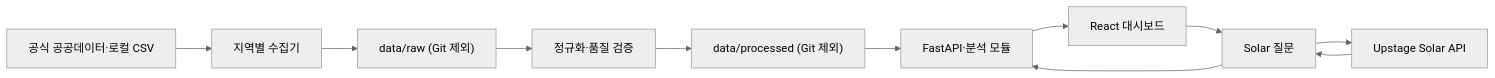
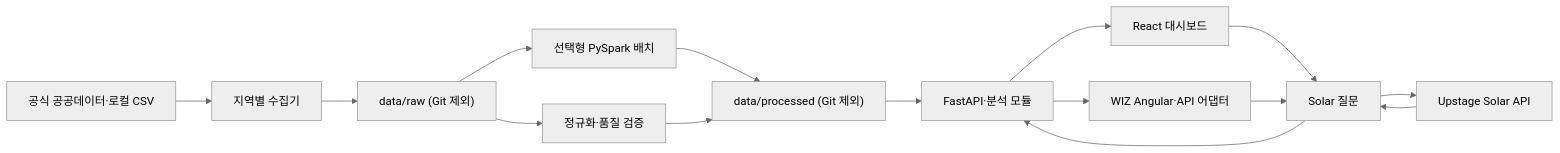
Before and after one commit to xericen/bike-link-analysis: the second of 2 diagrams in README.md, drawn with Mermaid (neutral theme). The commit also changed other lines of this file and 123 other files, not shown here.

````diff
--- a/README.md
+++ b/README.md
@@ -62,13 +92,17 @@
 ```mermaid
 flowchart LR
   A["공식 공공데이터·로컬 CSV"] --> B["지역별 수집기"]
   B --> C["data/raw (Git 제외)"]
   C --> D["정규화·품질 검증"]
+  C --> S["선택형 PySpark 배치"]
+  S --> E
   D --> E["data/processed (Git 제외)"]
   E --> F["FastAPI·분석 모듈"]
   F --> G["React 대시보드"]
+  F --> W["WIZ Angular·API 어댑터"]
   G --> H["Solar 질문"]
+  W --> H
   H --> F
   H --> I["Upstage Solar API"]
   I --> H
 ```
````
